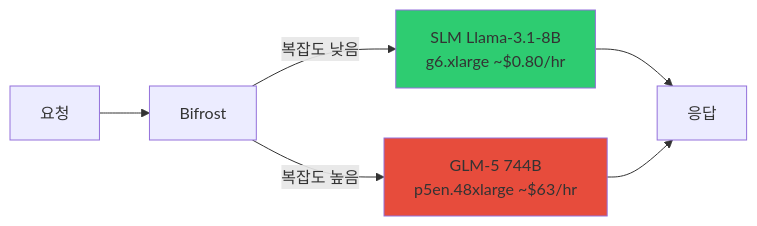
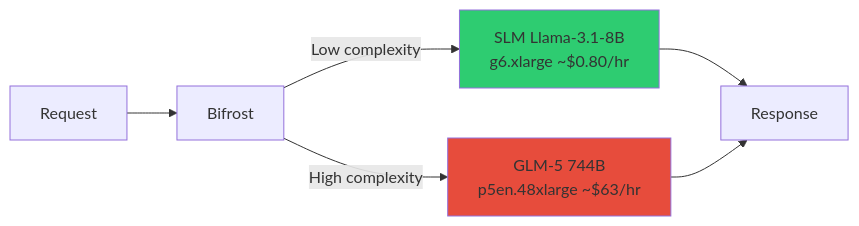
One commit to devfloor9/engineering-playbook changed the third of 4 diagrams in docs/agentic-ai-platform/reference-architecture/model-lifecycle/custom-model-pipeline.md. Above: the diagram before and after it, drawn with Mermaid. The commit also changed other lines of this file and 954 other files, not shown here.

````diff
--- a/docs/agentic-ai-platform/reference-architecture/model-lifecycle/custom-model-pipeline.md
+++ b/docs/agentic-ai-platform/reference-architecture/model-lifecycle/custom-model-pipeline.md
@@ -324,11 +324,11 @@
 ```mermaid
 graph LR
-    Req[요청] --> BF[Bifrost]
-    BF -->|복잡도 낮음| SLM[SLM Llama-3.1-8B<br/>g6.xlarge ~$0.80/hr]
-    BF -->|복잡도 높음| LLM[GLM-5 744B<br/>p5en.48xlarge ~$63/hr]
-    SLM --> Resp[응답]
+    Req[Request] --> BF[Bifrost]
+    BF -->|Low complexity| SLM[SLM Llama-3.1-8B<br/>g6.xlarge ~$0.80/hr]
+    BF -->|High complexity| LLM[GLM-5 744B<br/>p5en.48xlarge ~$63/hr]
+    SLM --> Resp[Response]
     LLM --> Resp
     
     style SLM fill:#2ecc71
     style LLM fill:#e74c3c
 ```
````
